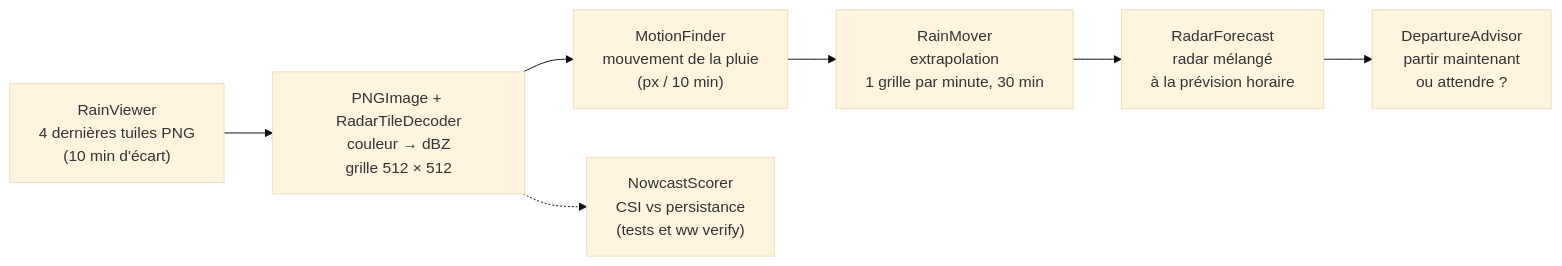
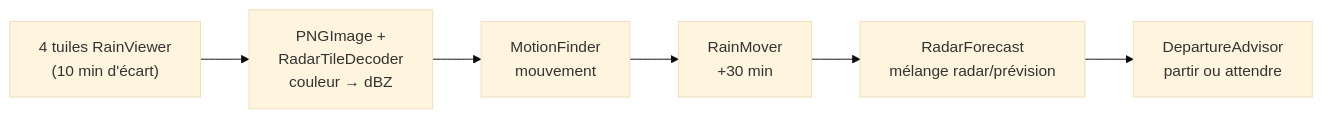
One commit to clembdn/WeatherWindows changed the second of 2 diagrams in docs/explication-du-code.md. Above: the diagram before and after it, drawn with Mermaid (base theme). The commit also changed other lines of this file, not shown here.

````diff
--- a/docs/explication-du-code.md
+++ b/docs/explication-du-code.md
@@ -400,9 +101,8 @@
 ```mermaid
 flowchart LR
-    A["RainViewer<br/>4 dernières tuiles PNG<br/>(10 min d'écart)"] --> B["PNGImage + RadarTileDecoder<br/>couleur → dBZ<br/>grille 512 × 512"]
-    B --> C["MotionFinder<br/>mouvement de la pluie<br/>(px / 10 min)"]
-    C --> D["RainMover<br/>extrapolation<br/>1 grille par minute, 30 min"]
-    D --> E["RadarForecast<br/>radar mélangé<br/>à la prévision horaire"]
-    E --> F["DepartureAdvisor<br/>partir maintenant<br/>ou attendre ?"]
-    B -.-> G["NowcastScorer<br/>CSI vs persistance<br/>(tests et ww verify)"]
+    A["4 tuiles RainViewer<br/>(10 min d'écart)"] --> B["PNGImage +<br/>RadarTileDecoder<br/>couleur → dBZ"]
+    B --> C["MotionFinder<br/>mouvement"]
+    C --> D["RainMover<br/>+30 min"]
+    D --> E["RadarForecast<br/>mélange radar/prévision"]
+    E --> F["DepartureAdvisor<br/>partir ou attendre"]
 ```
````
